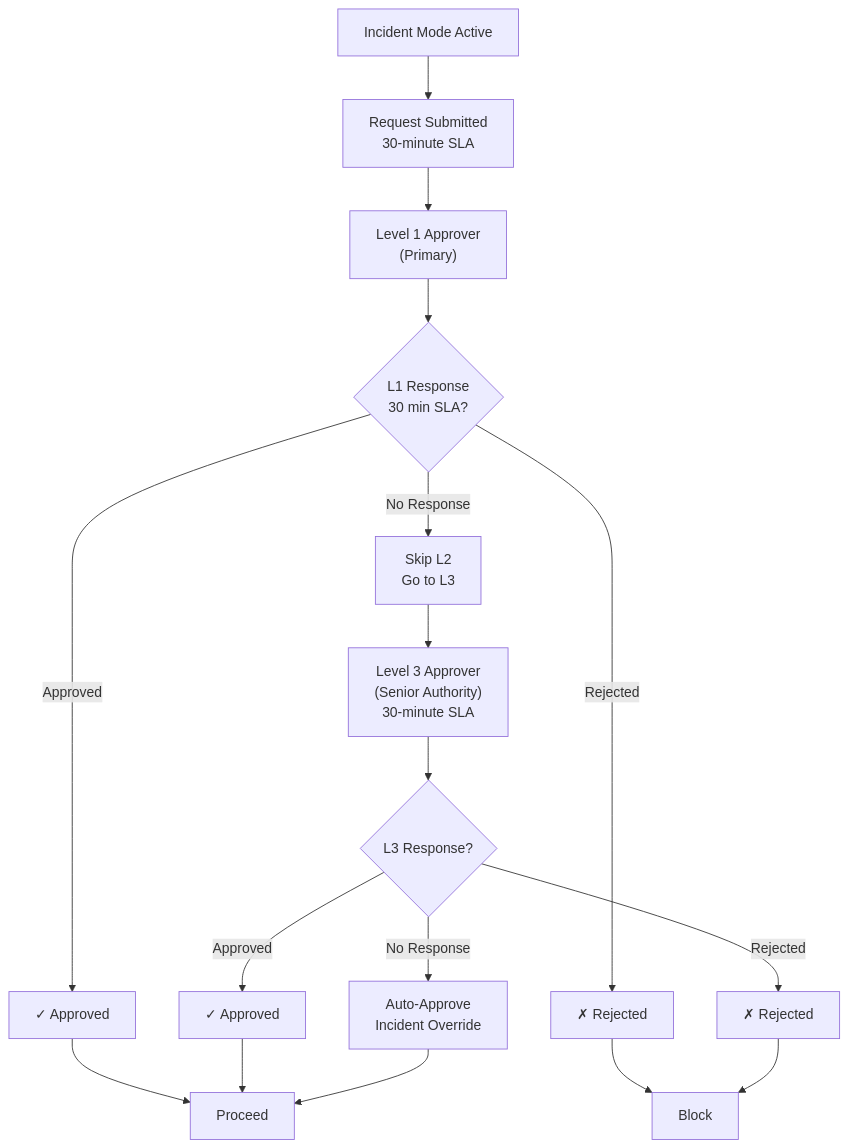
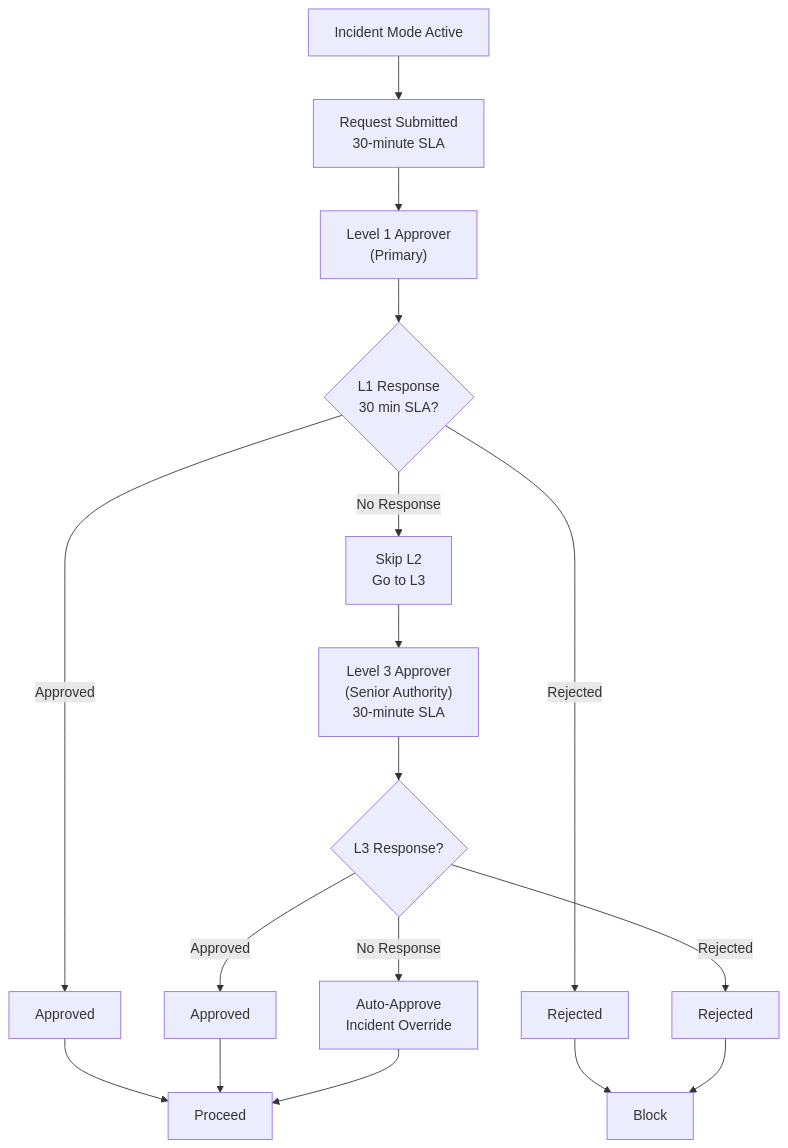
One commit to Aries-Serpent/_codex_ changed the third of 3 diagrams in docs/arch/approval-policies-detailed.md. Above: the diagram before and after it, drawn with Mermaid. The commit also changed other lines of this file and 1989 other files, not shown here.

````diff
--- a/docs/arch/approval-policies-detailed.md
+++ b/docs/arch/approval-policies-detailed.md
@@ -639,24 +639,24 @@
 ```mermaid
 graph TD
     A["Incident Mode Active"] --> B["Request Submitted<br/>30-minute SLA"]
     
     B --> C["Level 1 Approver<br/>(Primary)"]
     C --> D{"L1 Response<br/>30 min SLA?"}
     
-    D -->|Approved| E["✓ Approved"]
-    D -->|Rejected| F["✗ Rejected"]
+    D -->|Approved| E[" Approved"]
+    D -->|Rejected| F[" Rejected"]
     D -->|No Response| G["Skip L2<br/>Go to L3"]
     
     E --> H["Proceed"]
     F --> I["Block"]
     G --> J["Level 3 Approver<br/>(Senior Authority)<br/>30-minute SLA"]
     
     J --> K{"L3 Response?"}
-    K -->|Approved| L["✓ Approved"]
-    K -->|Rejected| M["✗ Rejected"]
+    K -->|Approved| L[" Approved"]
+    K -->|Rejected| M[" Rejected"]
     K -->|No Response| N["Auto-Approve<br/>Incident Override"]
     
     L --> H
     M --> I
     N --> H
 ```
````
